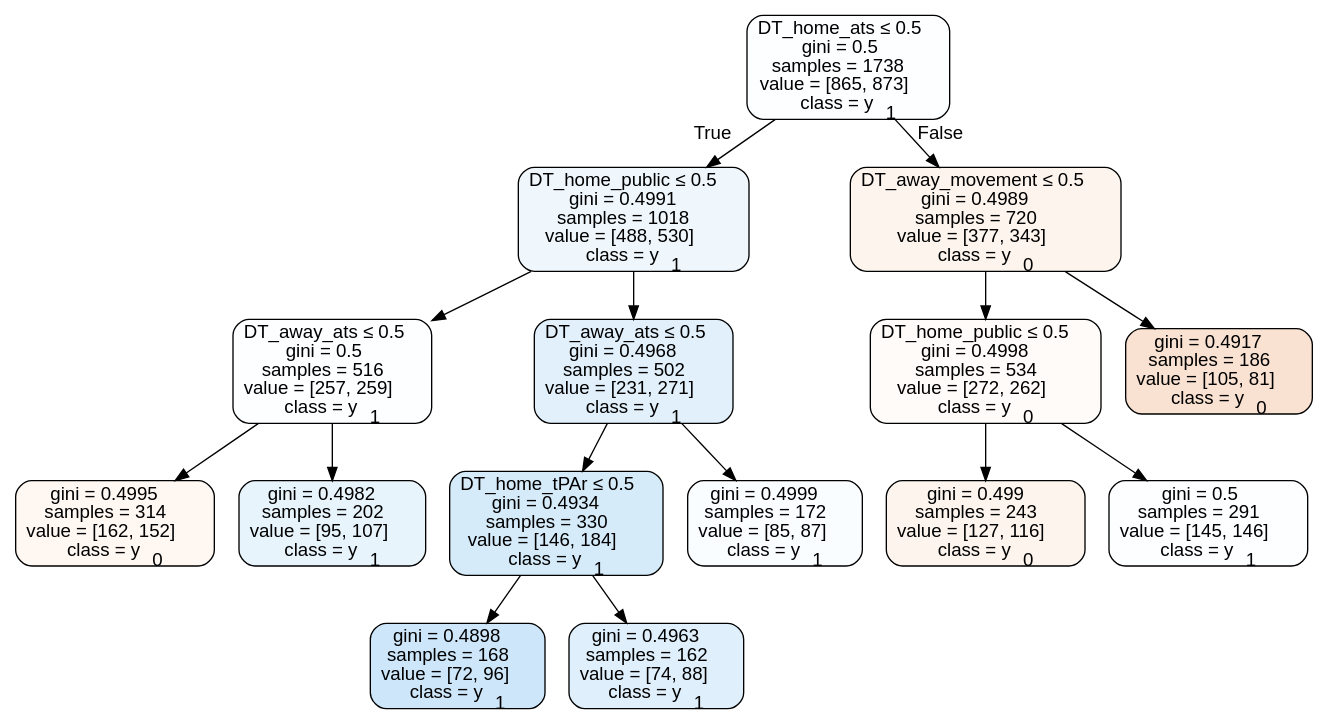
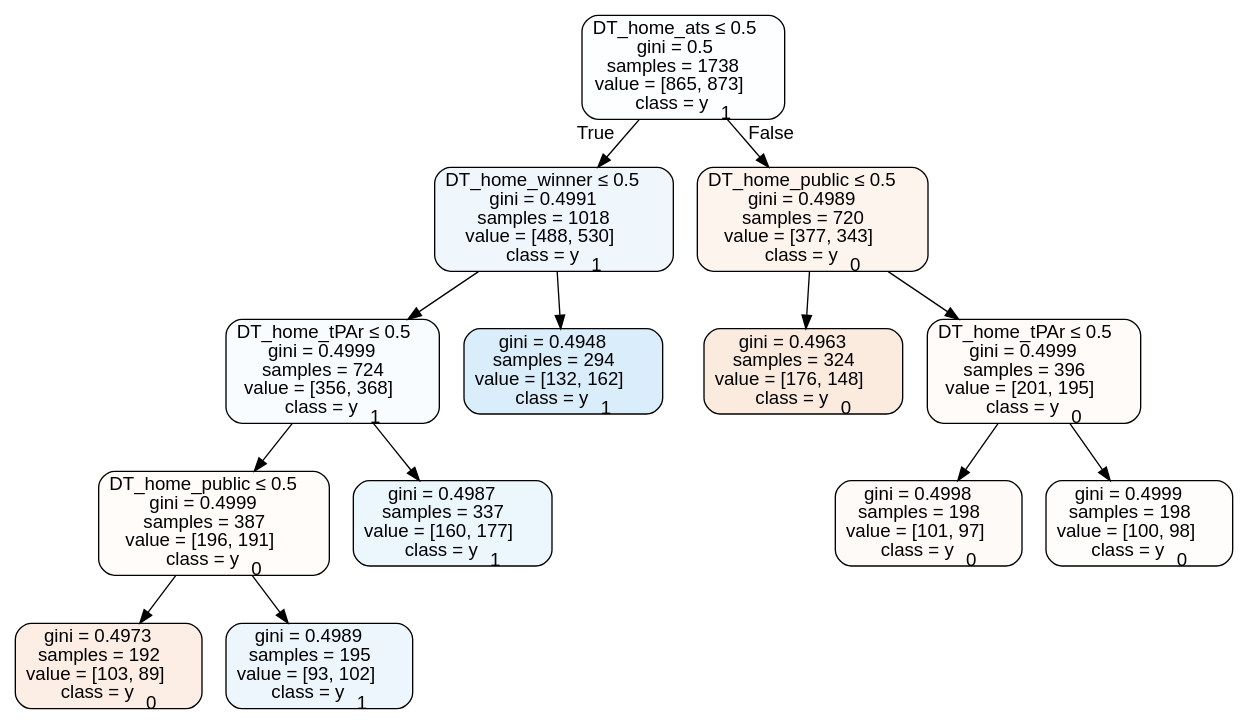
One commit to usbogie/ncaa-bets changed the diagram in tree_data/tree2014neutral.dot. Above: the diagram before and after it, drawn with Graphviz. The commit also changed 26 other files, not shown here.

```diff
--- a/tree_data/tree2014neutral.dot
+++ b/tree_data/tree2014neutral.dot
@@ -1,33 +1,29 @@
 digraph Tree {
 node [shape=box, style="filled, rounded", color="black", fontname=helvetica] ;
 edge [fontname=helvetica] ;
 0 [label=<DT_home_ats &le; 0.5<br/>gini = 0.5<br/>samples = 1738<br/>value = [865, 873]<br/>class = y<SUB>1</SUB>>, fillcolor="#399de502"] ;
-1 [label=<DT_home_public &le; 0.5<br/>gini = 0.4991<br/>samples = 1018<br/>value = [488, 530]<br/>class = y<SUB>1</SUB>>, fillcolor="#399de514"] ;
+1 [label=<DT_home_winner &le; 0.5<br/>gini = 0.4991<br/>samples = 1018<br/>value = [488, 530]<br/>class = y<SUB>1</SUB>>, fillcolor="#399de514"] ;
 0 -> 1 [labeldistance=2.5, labelangle=45, headlabel="True"] ;
-2 [label=<DT_away_ats &le; 0.5<br/>gini = 0.5<br/>samples = 516<br/>value = [257, 259]<br/>class = y<SUB>1</SUB>>, fillcolor="#399de502"] ;
+2 [label=<DT_home_tPAr &le; 0.5<br/>gini = 0.4999<br/>samples = 724<br/>value = [356, 368]<br/>class = y<SUB>1</SUB>>, fillcolor="#399de508"] ;
 1 -> 2 ;
-3 [label=<gini = 0.4995<br/>samples = 314<br/>value = [162, 152]<br/>class = y<SUB>0</SUB>>, fillcolor="#e5813910"] ;
+3 [label=<DT_home_public &le; 0.5<br/>gini = 0.4999<br/>samples = 387<br/>value = [196, 191]<br/>class = y<SUB>0</SUB>>, fillcolor="#e5813907"] ;
 2 -> 3 ;
-4 [label=<gini = 0.4982<br/>samples = 202<br/>value = [95, 107]<br/>class = y<SUB>1</SUB>>, fillcolor="#399de51d"] ;
-2 -> 4 ;
-5 [label=<DT_away_ats &le; 0.5<br/>gini = 0.4968<br/>samples = 502<br/>value = [231, 271]<br/>class = y<SUB>1</SUB>>, fillcolor="#399de526"] ;
-1 -> 5 ;
-6 [label=<DT_home_tPAr &le; 0.5<br/>gini = 0.4934<br/>samples = 330<br/>value = [146, 184]<br/>class = y<SUB>1</SUB>>, fillcolor="#399de535"] ;
-5 -> 6 ;
-7 [label=<gini = 0.4898<br/>samples = 168<br/>value = [72, 96]<br/>class = y<SUB>1</SUB>>, fillcolor="#399de540"] ;
-6 -> 7 ;
-8 [label=<gini = 0.4963<br/>samples = 162<br/>value = [74, 88]<br/>class = y<SUB>1</SUB>>, fillcolor="#399de529"] ;
-6 -> 8 ;
-9 [label=<gini = 0.4999<br/>samples = 172<br/>value = [85, 87]<br/>class = y<SUB>1</SUB>>, fillcolor="#399de506"] ;
-5 -> 9 ;
-10 [label=<DT_away_movement &le; 0.5<br/>gini = 0.4989<br/>samples = 720<br/>value = [377, 343]<br/>class = y<SUB>0</SUB>>, fillcolor="#e5813917"] ;
-0 -> 10 [labeldistance=2.5, labelangle=-45, headlabel="False"] ;
-11 [label=<DT_home_public &le; 0.5<br/>gini = 0.4998<br/>samples = 534<br/>value = [272, 262]<br/>class = y<SUB>0</SUB>>, fillcolor="#e5813909"] ;
+4 [label=<gini = 0.4973<br/>samples = 192<br/>value = [103, 89]<br/>class = y<SUB>0</SUB>>, fillcolor="#e5813923"] ;
+3 -> 4 ;
+5 [label=<gini = 0.4989<br/>samples = 195<br/>value = [93, 102]<br/>class = y<SUB>1</SUB>>, fillcolor="#399de517"] ;
+3 -> 5 ;
+6 [label=<gini = 0.4987<br/>samples = 337<br/>value = [160, 177]<br/>class = y<SUB>1</SUB>>, fillcolor="#399de518"] ;
+2 -> 6 ;
+7 [label=<gini = 0.4948<br/>samples = 294<br/>value = [132, 162]<br/>class = y<SUB>1</SUB>>, fillcolor="#399de52f"] ;
+1 -> 7 ;
+8 [label=<DT_home_public &le; 0.5<br/>gini = 0.4989<br/>samples = 720<br/>value = [377, 343]<br/>class = y<SUB>0</SUB>>, fillcolor="#e5813917"] ;
+0 -> 8 [labeldistance=2.5, labelangle=-45, headlabel="False"] ;
+9 [label=<gini = 0.4963<br/>samples = 324<br/>value = [176, 148]<br/>class = y<SUB>0</SUB>>, fillcolor="#e5813929"] ;
+8 -> 9 ;
+10 [label=<DT_home_tPAr &le; 0.5<br/>gini = 0.4999<br/>samples = 396<br/>value = [201, 195]<br/>class = y<SUB>0</SUB>>, fillcolor="#e5813908"] ;
+8 -> 10 ;
+11 [label=<gini = 0.4998<br/>samples = 198<br/>value = [101, 97]<br/>class = y<SUB>0</SUB>>, fillcolor="#e581390a"] ;
 10 -> 11 ;
-12 [label=<gini = 0.499<br/>samples = 243<br/>value = [127, 116]<br/>class = y<SUB>0</SUB>>, fillcolor="#e5813916"] ;
-11 -> 12 ;
-13 [label=<gini = 0.5<br/>samples = 291<br/>value = [145, 146]<br/>class = y<SUB>1</SUB>>, fillcolor="#399de502"] ;
-11 -> 13 ;
-14 [label=<gini = 0.4917<br/>samples = 186<br/>value = [105, 81]<br/>class = y<SUB>0</SUB>>, fillcolor="#e581393a"] ;
-10 -> 14 ;
+12 [label=<gini = 0.4999<br/>samples = 198<br/>value = [100, 98]<br/>class = y<SUB>0</SUB>>, fillcolor="#e5813905"] ;
+10 -> 12 ;
 }
```
